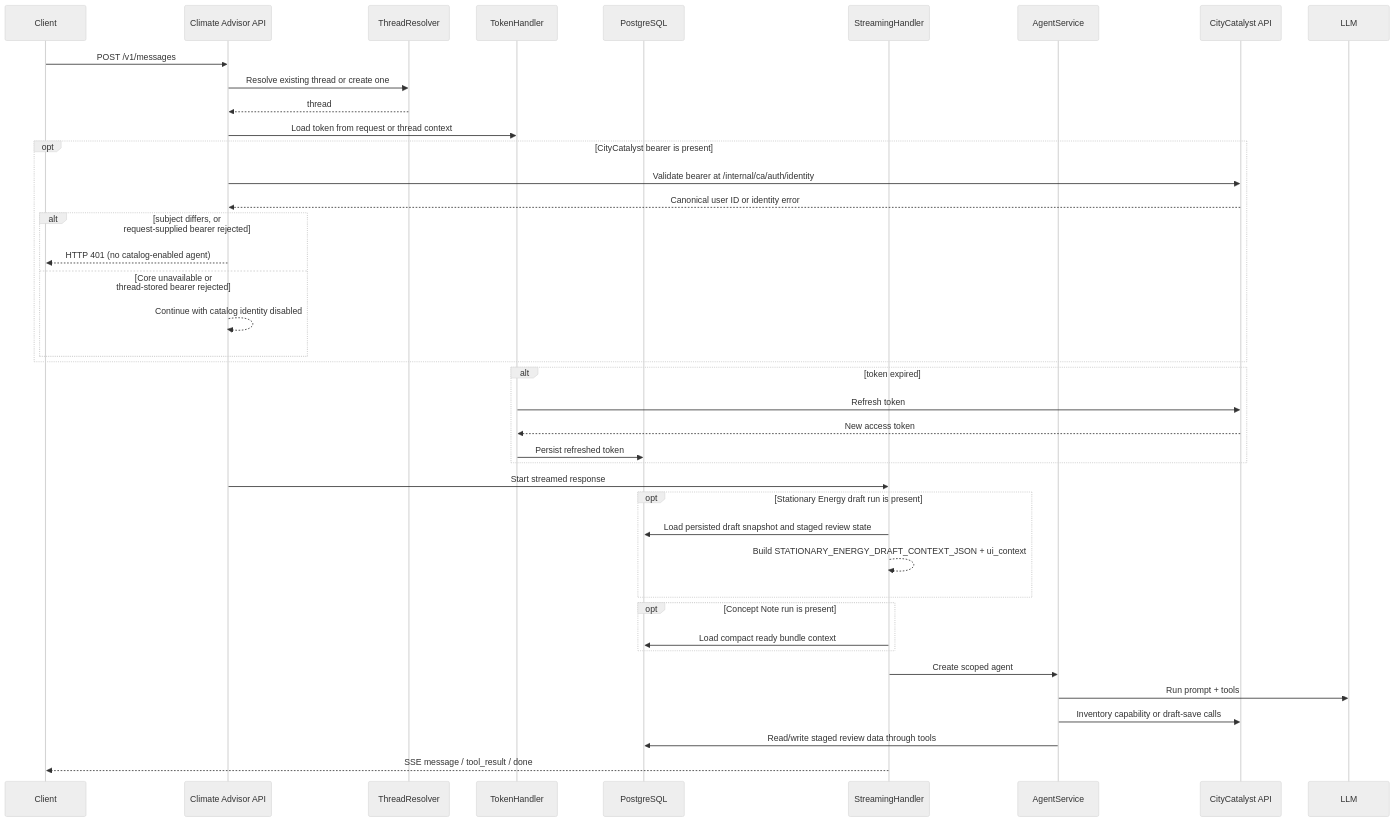
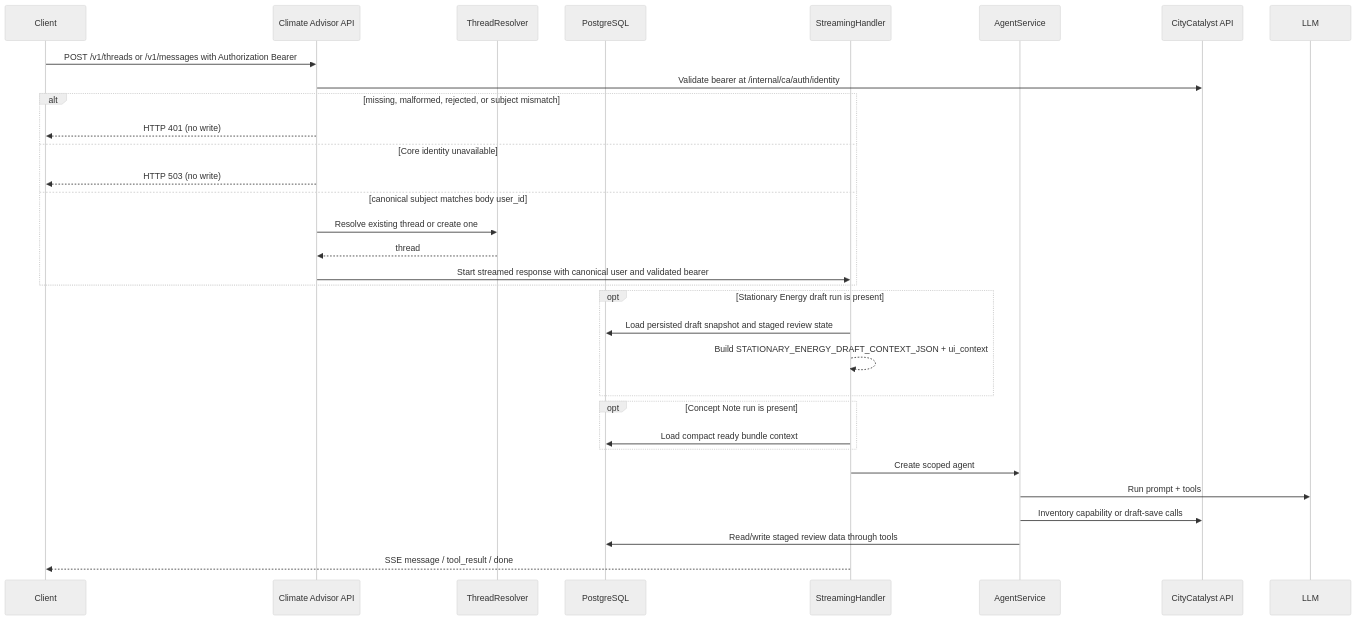
Before and after one commit to Open-Earth-Foundation/CityCatalyst: the second of 4 diagrams in climate-advisor/docs/architecture.md, drawn with Mermaid (neutral theme). The commit also changed other lines of this file and 24 other files, not shown here.

````diff
--- a/climate-advisor/docs/architecture.md
+++ b/climate-advisor/docs/architecture.md
@@ -64,46 +64,35 @@
 ```mermaid
 sequenceDiagram
     participant Client
     participant API as Climate Advisor API
     participant Thread as ThreadResolver
-    participant Token as TokenHandler
     participant DB as PostgreSQL
     participant Stream as StreamingHandler
     participant Agent as AgentService
     participant CC as CityCatalyst API
 
-    Client->>API: POST /v1/messages
-    API->>Thread: Resolve existing thread or create one
-    Thread-->>API: thread
-
-    API->>Token: Load token from request or thread context
-    opt CityCatalyst bearer is present
-        API->>CC: Validate bearer at /internal/ca/auth/identity
-        CC-->>API: Canonical user ID or identity error
-        alt subject differs, or request-supplied bearer rejected
-            API-->>Client: HTTP 401 (no catalog-enabled agent)
-        else Core unavailable or thread-stored bearer rejected
-            API-->>API: Continue with catalog identity disabled
-        end
+    Client->>API: POST /v1/threads or /v1/messages with Authorization Bearer
+    API->>CC: Validate bearer at /internal/ca/auth/identity
+    alt missing, malformed, rejected, or subject mismatch
+        API-->>Client: HTTP 401 (no write)
+    else Core identity unavailable
+        API-->>Client: HTTP 503 (no write)
+    else canonical subject matches body user_id
+        API->>Thread: Resolve existing thread or create one
+        Thread-->>API: thread
+        API->>Stream: Start streamed response with canonical user and validated bearer
     end
-    alt token expired
-        Token->>CC: Refresh token
-        CC-->>Token: New access token
-        Token->>DB: Persist refreshed token
-    end
-
-    API->>Stream: Start streamed response
     opt Stationary Energy draft run is present
         Stream->>DB: Load persisted draft snapshot and staged review state
         Stream-->>Stream: Build STATIONARY_ENERGY_DRAFT_CONTEXT_JSON + ui_context
     end
     opt Concept Note run is present
         Stream->>DB: Load compact ready bundle context
     end
 
     Stream->>Agent: Create scoped agent
     Agent->>LLM: Run prompt + tools
     Agent->>CC: Inventory capability or draft-save calls
     Agent->>DB: Read/write staged review data through tools
     Stream-->>Client: SSE message / tool_result / done
 ```
````
